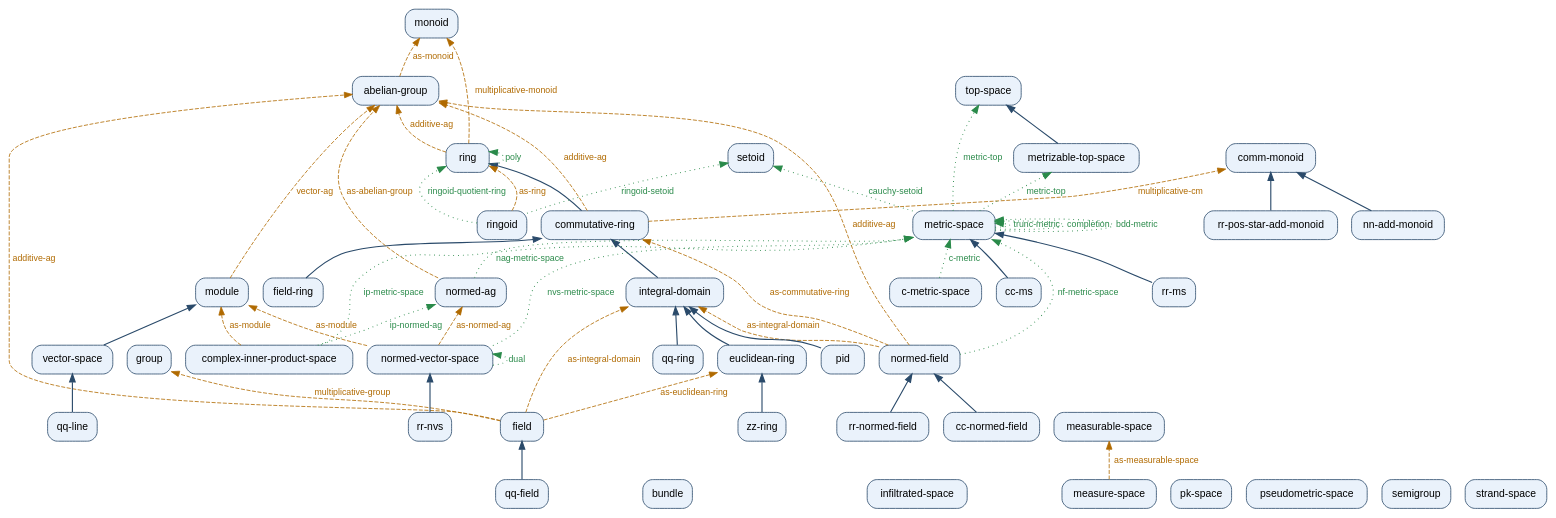
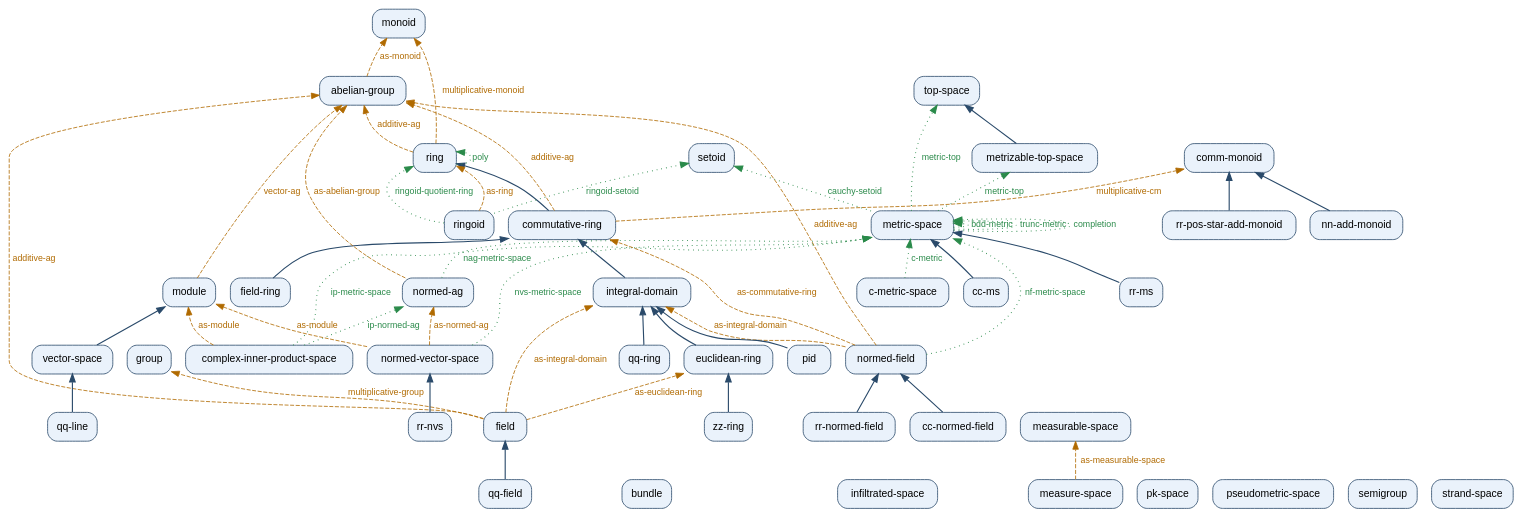
One commit to JavierThayer/VNB changed the diagram in reference/structure-graph.dot. Above: the diagram before and after it, drawn with Graphviz. The commit also changed 567 other files, not shown here.

```diff
--- a/reference/structure-graph.dot
+++ b/reference/structure-graph.dot
@@ -89,20 +89,19 @@
   "normed-field" -> "commutative-ring" [style=dashed, color="#b06a00", fontcolor="#b06a00", label="as-commutative-ring", tooltip="normed-field-as-commutative-ring :  normed-field -> commutative-ring    (carr add mul neg zero one) |-> (carr add mul neg zero one)", URL="structure-graph.html#views"];
 
   // bridges (structure-valued functoids): source -> target
+  "normed-ag" -> "metric-space" [style=dotted, color="#2a8a4a", fontcolor="#2a8a4a", penwidth=1.3, label="nag-metric-space", tooltip="nag-metric-space :  normed-ag -> metric-space    (constructor functoid)", URL="structure-graph.html#metric-space"];
+  "ringoid" -> "ring" [style=dotted, color="#2a8a4a", fontcolor="#2a8a4a", penwidth=1.3, label="ringoid-quotient-ring", tooltip="ringoid-quotient-ring :  ringoid -> ring    (constructor functoid)", URL="structure-graph.html#ring"];
+  "metric-space" -> "metric-space" [style=dotted, color="#2a8a4a", fontcolor="#2a8a4a", penwidth=1.3, label="bdd-metric", tooltip="bdd-metric :  metric-space -> metric-space    (constructor functoid)", URL="structure-graph.html#metric-space"];
+  "metric-space" -> "top-space" [style=dotted, color="#2a8a4a", fontcolor="#2a8a4a", penwidth=1.3, label="metric-top", tooltip="metric-top :  metric-space -> top-space    (constructor functoid)", URL="structure-graph.html#top-space"];
+  "normed-field" -> "metric-space" [style=dotted, color="#2a8a4a", fontcolor="#2a8a4a", penwidth=1.3, label="nf-metric-space", tooltip="nf-metric-space :  normed-field -> metric-space    (constructor functoid)", URL="structure-graph.html#metric-space"];
+  "c-metric-space" -> "metric-space" [style=dotted, color="#2a8a4a", fontcolor="#2a8a4a", penwidth=1.3, label="c-metric", tooltip="c-metric :  c-metric-space -> metric-space    (constructor functoid)", URL="structure-graph.html#metric-space"];
+  "metric-space" -> "metrizable-top-space" [style=dotted, color="#2a8a4a", fontcolor="#2a8a4a", penwidth=1.3, label="metric-top", tooltip="metric-top :  metric-space -> metrizable-top-space    (constructor functoid)", URL="structure-graph.html#metrizable-top-space"];
+  "metric-space" -> "metric-space" [style=dotted, color="#2a8a4a", fontcolor="#2a8a4a", penwidth=1.3, label="trunc-metric", tooltip="trunc-metric :  metric-space -> metric-space    (constructor functoid)", URL="structure-graph.html#metric-space"];
+  "ring" -> "ring" [style=dotted, color="#2a8a4a", fontcolor="#2a8a4a", penwidth=1.3, label="poly", tooltip="poly :  ring -> ring    (constructor functoid)", URL="structure-graph.html#ring"];
+  "complex-inner-product-space" -> "normed-ag" [style=dotted, color="#2a8a4a", fontcolor="#2a8a4a", penwidth=1.3, label="ip-normed-ag", tooltip="ip-normed-ag :  complex-inner-product-space -> normed-ag    (constructor functoid)", URL="structure-graph.html#normed-ag"];
+  "complex-inner-product-space" -> "metric-space" [style=dotted, color="#2a8a4a", fontcolor="#2a8a4a", penwidth=1.3, label="ip-metric-space", tooltip="ip-metric-space :  complex-inner-product-space -> metric-space    (constructor functoid)", URL="structure-graph.html#metric-space"];
+  "normed-vector-space" -> "metric-space" [style=dotted, color="#2a8a4a", fontcolor="#2a8a4a", penwidth=1.3, label="nvs-metric-space", tooltip="nvs-metric-space :  normed-vector-space -> metric-space    (constructor functoid)", URL="structure-graph.html#metric-space"];
+  "metric-space" -> "metric-space" [style=dotted, color="#2a8a4a", fontcolor="#2a8a4a", penwidth=1.3, label="completion", tooltip="completion :  metric-space -> metric-space    (constructor functoid)", URL="structure-graph.html#metric-space"];
   "metric-space" -> "setoid" [style=dotted, color="#2a8a4a", fontcolor="#2a8a4a", penwidth=1.3, label="cauchy-setoid", tooltip="cauchy-setoid :  metric-space -> setoid    (constructor functoid)", URL="structure-graph.html#setoid"];
-  "metric-space" -> "top-space" [style=dotted, color="#2a8a4a", fontcolor="#2a8a4a", penwidth=1.3, label="metric-top", tooltip="metric-top :  metric-space -> top-space    (constructor functoid)", URL="structure-graph.html#top-space"];
-  "ringoid" -> "ring" [style=dotted, color="#2a8a4a", fontcolor="#2a8a4a", penwidth=1.3, label="ringoid-quotient-ring", tooltip="ringoid-quotient-ring :  ringoid -> ring    (constructor functoid)", URL="structure-graph.html#ring"];
-  "normed-vector-space" -> "normed-vector-space" [style=dotted, color="#2a8a4a", fontcolor="#2a8a4a", penwidth=1.3, label="dual", tooltip="dual :  normed-vector-space -> normed-vector-space    (constructor functoid)", URL="structure-graph.html#normed-vector-space"];
-  "metric-space" -> "metrizable-top-space" [style=dotted, color="#2a8a4a", fontcolor="#2a8a4a", penwidth=1.3, label="metric-top", tooltip="metric-top :  metric-space -> metrizable-top-space    (constructor functoid)", URL="structure-graph.html#metrizable-top-space"];
-  "normed-vector-space" -> "metric-space" [style=dotted, color="#2a8a4a", fontcolor="#2a8a4a", penwidth=1.3, label="nvs-metric-space", tooltip="nvs-metric-space :  normed-vector-space -> metric-space    (constructor functoid)", URL="structure-graph.html#metric-space"];
-  "c-metric-space" -> "metric-space" [style=dotted, color="#2a8a4a", fontcolor="#2a8a4a", penwidth=1.3, label="c-metric", tooltip="c-metric :  c-metric-space -> metric-space    (constructor functoid)", URL="structure-graph.html#metric-space"];
-  "complex-inner-product-space" -> "normed-ag" [style=dotted, color="#2a8a4a", fontcolor="#2a8a4a", penwidth=1.3, label="ip-normed-ag", tooltip="ip-normed-ag :  complex-inner-product-space -> normed-ag    (constructor functoid)", URL="structure-graph.html#normed-ag"];
-  "ring" -> "ring" [style=dotted, color="#2a8a4a", fontcolor="#2a8a4a", penwidth=1.3, label="poly", tooltip="poly :  ring -> ring    (constructor functoid)", URL="structure-graph.html#ring"];
-  "metric-space" -> "metric-space" [style=dotted, color="#2a8a4a", fontcolor="#2a8a4a", penwidth=1.3, label="trunc-metric", tooltip="trunc-metric :  metric-space -> metric-space    (constructor functoid)", URL="structure-graph.html#metric-space"];
-  "metric-space" -> "metric-space" [style=dotted, color="#2a8a4a", fontcolor="#2a8a4a", penwidth=1.3, label="completion", tooltip="completion :  metric-space -> metric-space    (constructor functoid)", URL="structure-graph.html#metric-space"];
   "ringoid" -> "setoid" [style=dotted, color="#2a8a4a", fontcolor="#2a8a4a", penwidth=1.3, label="ringoid-setoid", tooltip="ringoid-setoid :  ringoid -> setoid    (constructor functoid)", URL="structure-graph.html#setoid"];
-  "metric-space" -> "metric-space" [style=dotted, color="#2a8a4a", fontcolor="#2a8a4a", penwidth=1.3, label="bdd-metric", tooltip="bdd-metric :  metric-space -> metric-space    (constructor functoid)", URL="structure-graph.html#metric-space"];
-  "normed-ag" -> "metric-space" [style=dotted, color="#2a8a4a", fontcolor="#2a8a4a", penwidth=1.3, label="nag-metric-space", tooltip="nag-metric-space :  normed-ag -> metric-space    (constructor functoid)", URL="structure-graph.html#metric-space"];
-  "normed-field" -> "metric-space" [style=dotted, color="#2a8a4a", fontcolor="#2a8a4a", penwidth=1.3, label="nf-metric-space", tooltip="nf-metric-space :  normed-field -> metric-space    (constructor functoid)", URL="structure-graph.html#metric-space"];
-  "complex-inner-product-space" -> "metric-space" [style=dotted, color="#2a8a4a", fontcolor="#2a8a4a", penwidth=1.3, label="ip-metric-space", tooltip="ip-metric-space :  complex-inner-product-space -> metric-space    (constructor functoid)", URL="structure-graph.html#metric-space"];
 }
```
